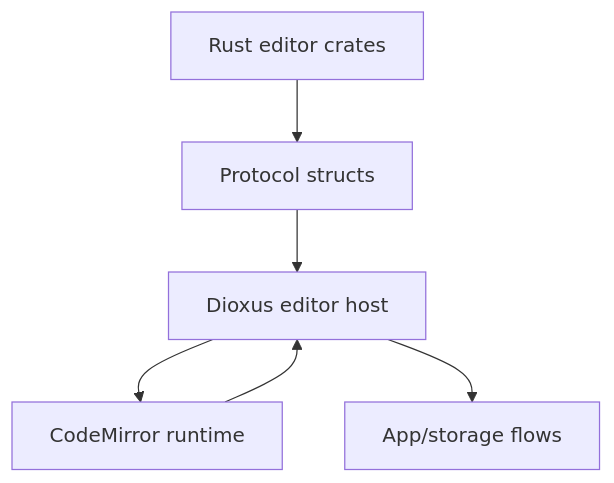
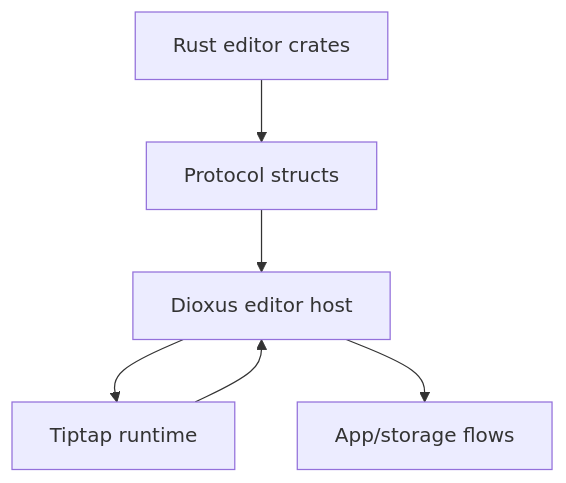
The second of 2 diagrams in docs/editor.md (Youzi2233/papyro), drawn with Mermaid before and after one commit. The commit also changed other lines of this file and 19 other files, not shown here.

Commit message:
docs(editor): update tiptap runtime guidance

````diff
--- a/docs/editor.md
+++ b/docs/editor.md
@@ -50,14 +52,14 @@
 ```mermaid
 flowchart TD
     rust["Rust editor crates"]
     protocol["Protocol structs"]
-    js["CodeMirror runtime"]
+    js["Tiptap runtime"]
     ui["Dioxus editor host"]
     storage["App/storage flows"]
 
     rust --> protocol
     protocol --> ui
     ui --> js
     js --> ui
     ui --> storage
 ```
````
